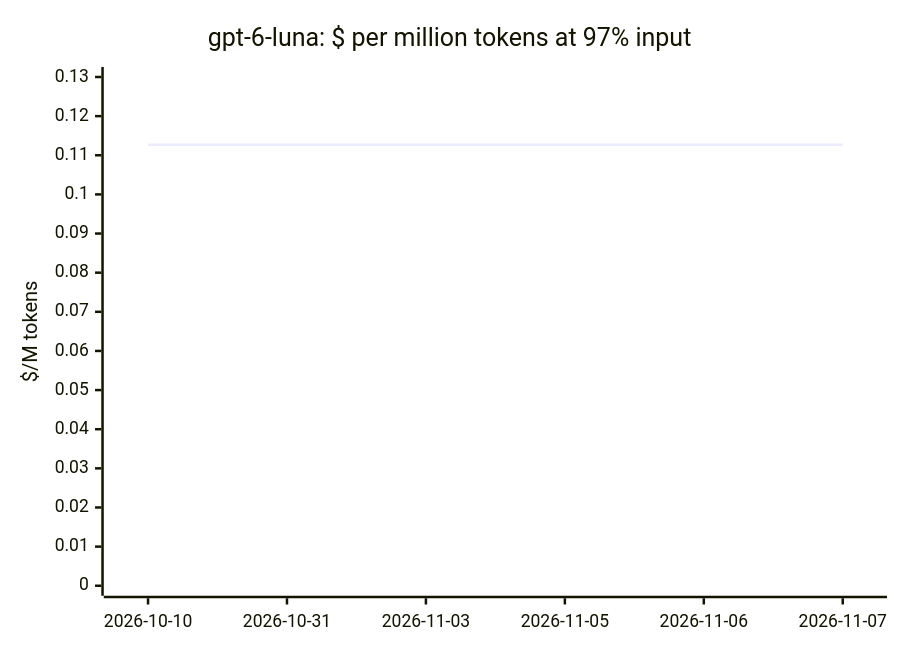
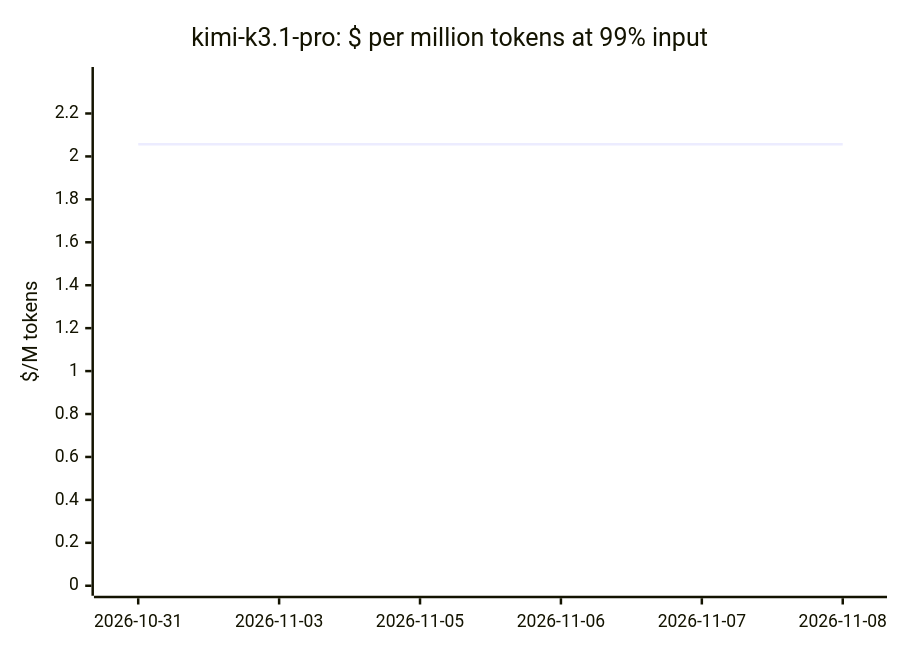
One commit to cklukas/OMEGA_TRANSFORM changed diagram 11 of 20 in docs/openrouter-models.md. Above: the diagram before and after it, drawn with Mermaid. The commit also changed other lines of this file and 47 other files, not shown here.

````diff
--- a/docs/openrouter-models.md
+++ b/docs/openrouter-models.md
@@ -231,7 +232,7 @@
 ```mermaid
 xychart-beta
-    title "gpt-6-luna: $ per million tokens at 97% input"
-    x-axis ["2026-10-10", "2026-10-31", "2026-11-03", "2026-11-05", "2026-11-06", "2026-11-07"]
-    y-axis "$/M tokens" 0 --> 0.13
-    line [0.1127, 0.1127, 0.1127, 0.1127, 0.1127, 0.1127]
+    title "kimi-k3.1-pro: $ per million tokens at 99% input"
+    x-axis ["2026-10-31", "2026-11-03", "2026-11-05", "2026-11-06", "2026-11-07", "2026-11-08"]
+    y-axis "$/M tokens" 0 --> 2.37
+    line [2.057, 2.057, 2.057, 2.057, 2.057, 2.057]
 ```
````
